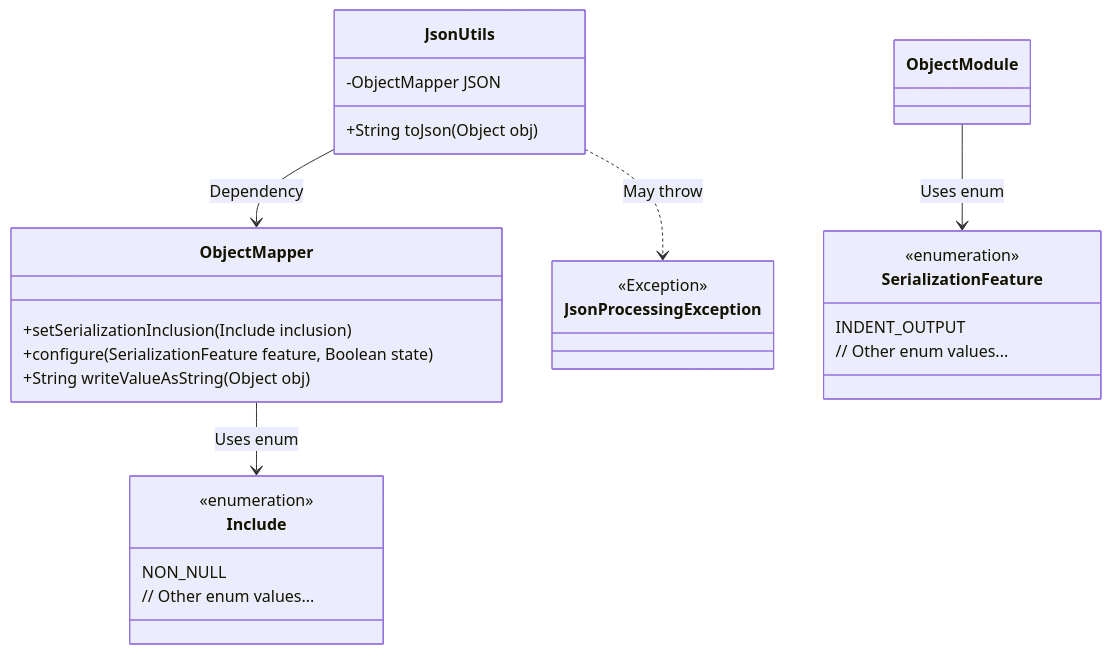
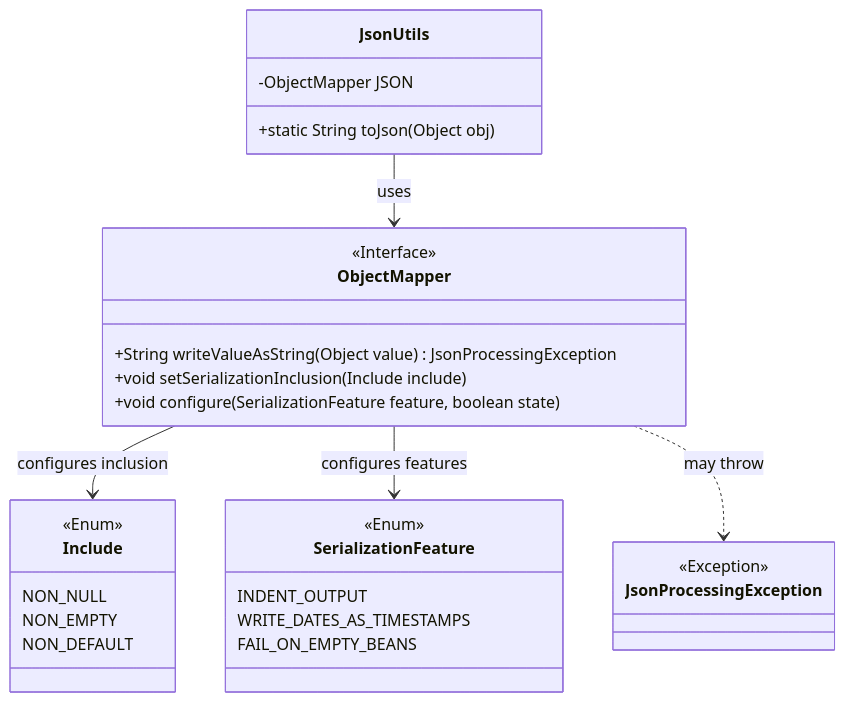
One commit to v-wjrong/imrrong_weixin-java-miniapp-demo changed the first of 2 diagrams in docs/en/docs/src/main/java/com/github/binarywang/demo/wx/miniapp/utils/JsonUtils.md. Above: the diagram before and after it, drawn with Mermaid. The commit also changed other lines of this file and 51 other files, not shown here.

````diff
--- a/docs/en/docs/src/main/java/com/github/binarywang/demo/wx/miniapp/utils/JsonUtils.md
+++ b/docs/en/docs/src/main/java/com/github/binarywang/demo/wx/miniapp/utils/JsonUtils.md
@@ -36,30 +36,37 @@
 ```mermaid
 classDiagram
     class JsonUtils {
         -ObjectMapper JSON
-        +String toJson(Object obj)
+        +static String toJson(Object obj)
     }
+    
     class ObjectMapper {
-        +setSerializationInclusion(Include inclusion)
-        +configure(SerializationFeature feature, Boolean state)
-        +String writeValueAsString(Object obj)
+        <<Interface>>
+        +String writeValueAsString(Object value) JsonProcessingException
+        +void setSerializationInclusion(Include include)
+        +void configure(SerializationFeature feature, boolean state)
     }
+    
     class Include {
-        <<enumeration>>
+        <<Enum>>
         NON_NULL
-        // Other enum values...
+        NON_EMPTY
+        NON_DEFAULT
     }
+    
     class SerializationFeature {
-        <<enumeration>>
+        <<Enum>>
         INDENT_OUTPUT
-        // Other enum values...
+        WRITE_DATES_AS_TIMESTAMPS
+        FAIL_ON_EMPTY_BEANS
     }
+    
     class JsonProcessingException {
         <<Exception>>
     }
-
-    JsonUtils --> ObjectMapper : Dependency
-    ObjectMapper --> Include : Uses enum
-    ObjectModule --> SerializationFeature : Uses enum
-    JsonUtils ..> JsonProcessingException : May throw
+    
+    JsonUtils --> ObjectMapper : uses
+    ObjectMapper --> Include : configures inclusion
+    ObjectMapper --> SerializationFeature : configures features
+    ObjectMapper ..> JsonProcessingException : may throw
 ```
````
